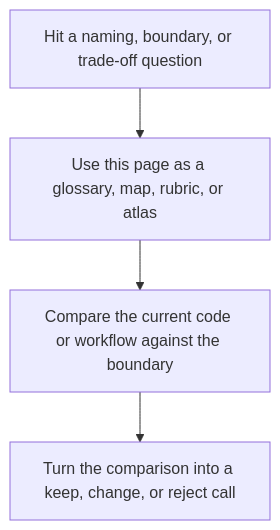
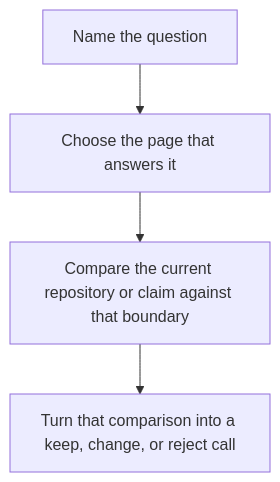
One commit to bijux/bijux-masterclass changed the second of 2 diagrams in programs/reproducible-research/deep-dive-snakemake/course-book/reference/index.md. Above: the diagram before and after it, drawn with Mermaid. The commit also changed other lines of this file, not shown here.

Commit message:
docs(reference): turn deep-dive-snakemake index into a decision map

````diff
--- a/programs/reproducible-research/deep-dive-snakemake/course-book/reference/index.md
+++ b/programs/reproducible-research/deep-dive-snakemake/course-book/reference/index.md
@@ -17,6 +16,6 @@
 ```mermaid
 flowchart TD
-  trigger["Hit a naming, boundary, or trade-off question"] --> lookup["Use this page as a glossary, map, rubric, or atlas"]
-  lookup --> compare["Compare the current code or workflow against the boundary"]
-  compare --> decision["Turn the comparison into a keep, change, or reject call"]
+  question["Name the question"] --> page["Choose the page that answers it"]
+  page --> compare["Compare the current repository or claim against that boundary"]
+  compare --> decision["Turn that comparison into a keep, change, or reject call"]
 ```
````
